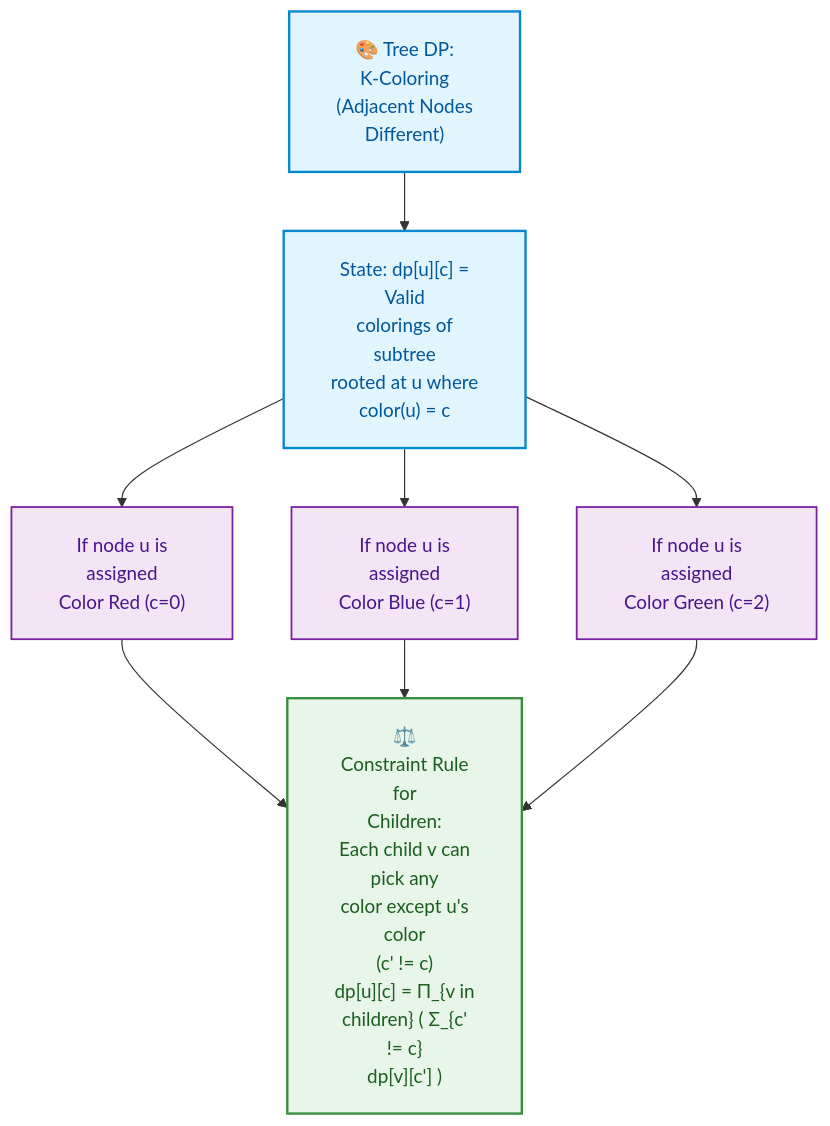
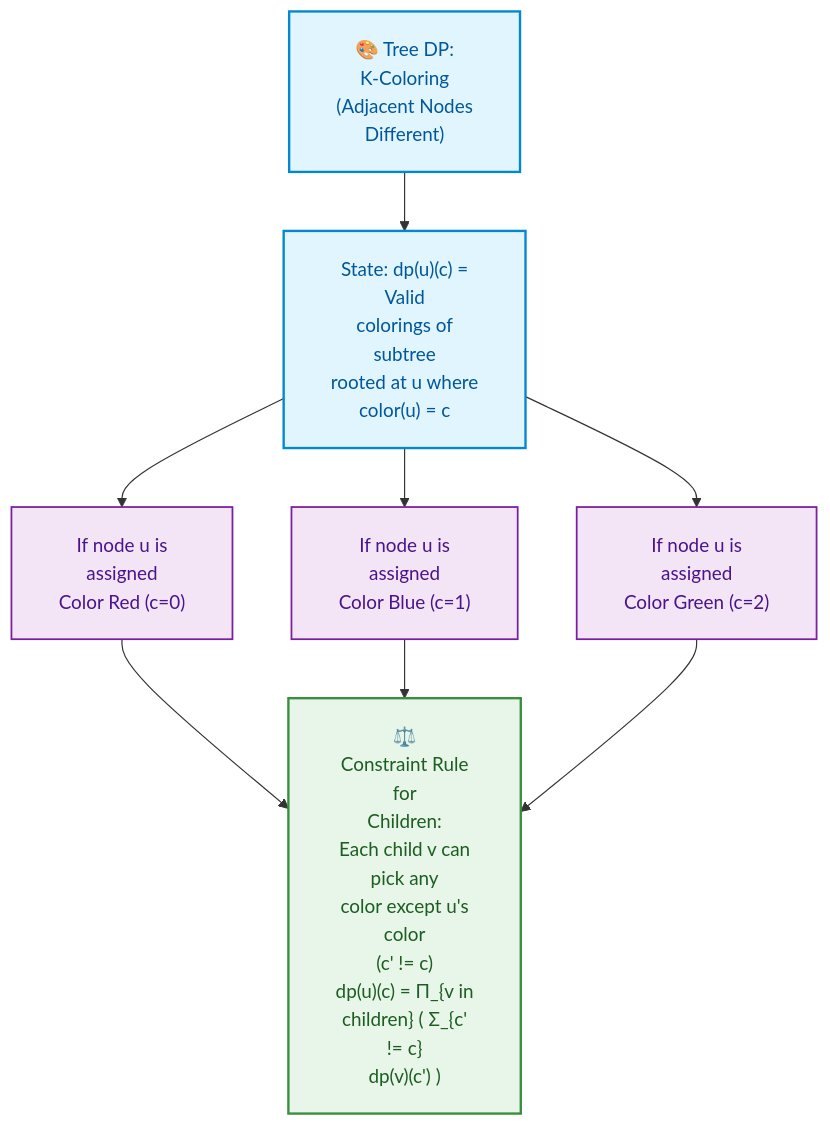
The first of 2 diagrams in week_11_dp_ii_advanced/Week_11_Visual_Concepts_Playbook_HYBRID.md (dip4k/DSA_102), drawn with Mermaid before and after one commit. The commit also changed 147 other files, not shown here.

First line of the commit message:
feat(curriculum): enrich Weeks 01-19 instructional modules & resolve repository-wide Mermaid cutoff

````diff
--- a/week_11_dp_ii_advanced/Week_11_Visual_Concepts_Playbook_HYBRID.md
+++ b/week_11_dp_ii_advanced/Week_11_Visual_Concepts_Playbook_HYBRID.md
@@ -106,16 +106,16 @@
 ```mermaid
 %%{init: {"flowchart": {"htmlLabels": true, "padding": 20}, "themeCSS": "foreignObject { overflow: visible !important; }"}}%%
 flowchart TD
-    classDef node fill:#e1f5fe,stroke:#0288d1,color:#01579b,stroke-width:2px;
-    classDef color fill:#f3e5f5,stroke:#7b1fa2,color:#4a148c,stroke-width:1.5px;
-    classDef rule fill:#e8f5e9,stroke:#388e3c,color:#1b5e20,stroke-width:2px;
+    classDef node fill:#e1f5fe,stroke:#0288d1,color:#01579b,stroke-width:2px
+    classDef color fill:#f3e5f5,stroke:#7b1fa2,color:#4a148c,stroke-width:1.5px
+    classDef rule fill:#e8f5e9,stroke:#388e3c,color:#1b5e20,stroke-width:2px
 
     R["🎨 Tree DP:<br/>K-Coloring<br/>(Adjacent Nodes<br/>Different)"]:::node
-    R --> S["State: dp[u][c] =<br/>Valid<br/>colorings of<br/>subtree<br/>rooted at u where<br/>color(u) = c"]:::node
+    R --> S["State: dp(u)(c) =<br/>Valid<br/>colorings of<br/>subtree<br/>rooted at u where<br/>color(u) = c"]:::node
     S --> C0["If node u is<br/>assigned<br/>Color Red (c=0)"]:::color
     S --> C1["If node u is<br/>assigned<br/>Color Blue (c=1)"]:::color
     S --> C2["If node u is<br/>assigned<br/>Color Green (c=2)"]:::color
 
-    C0 --> Trans["⚖️<br/>Constraint Rule<br/>for<br/>Children:<br/>Each child v can<br/>pick any<br/>color except u's<br/>color<br/>(c' != c)<br/>dp[u][c] = Π_{v in<br/>children} ( Σ_{c'<br/>!= c}<br/>dp[v][c'] )"]:::rule
+    C0 --> Trans["⚖️<br/>Constraint Rule<br/>for<br/>Children:<br/>Each child v can<br/>pick any<br/>color except u's<br/>color<br/>(c' != c)<br/>dp(u)(c) = Π_{v in<br/>children} ( Σ_{c'<br/>!= c}<br/>dp(v)(c') )"]:::rule
     C1 & C2 --> Trans
 ```
````
